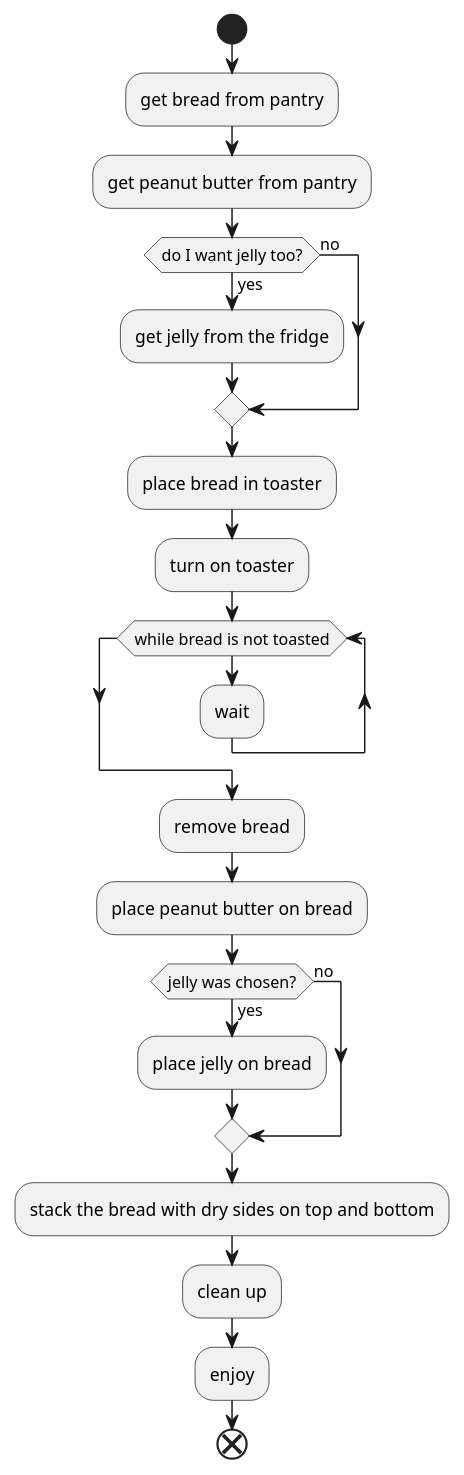
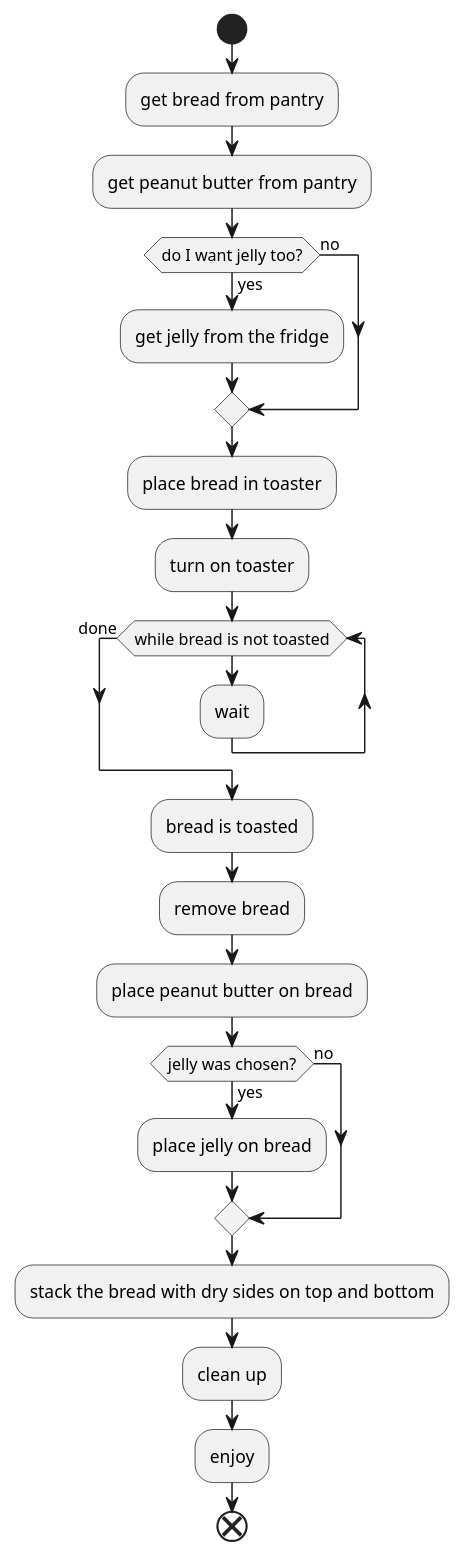
The second of 3 diagrams in _posts/2023-02-04-diagrams-as-text-plantuml.md (scotthelm/scotthelm.github.com.raw), drawn with PlantUML before and after one commit. The commit also changed other lines of this file, not shown here.

Commit message:
updated diagram

````diff
--- a/_posts/2023-02-04-diagrams-as-text-plantuml.md
+++ b/_posts/2023-02-04-diagrams-as-text-plantuml.md
@@ -81,26 +84,27 @@
 ```plantuml
 @startuml
 start
 :get bread from pantry;
 :get peanut butter from pantry;
 if(do I want jelly too?) then (yes)
   :get jelly from the fridge;
 else (no)
 endif
 :place bread in toaster;
 :turn on toaster;
 while(while bread is not toasted)
     :wait;
-endwhile
+endwhile (done)
+:bread is toasted;
 :remove bread;
 :place peanut butter on bread;
 if(jelly was chosen?) then (yes)
     :place jelly on bread;
 else (no)
 endif
 :stack the bread with dry sides on top and bottom;
 :clean up;
 :enjoy;
 end
 @enduml
 ```
````
